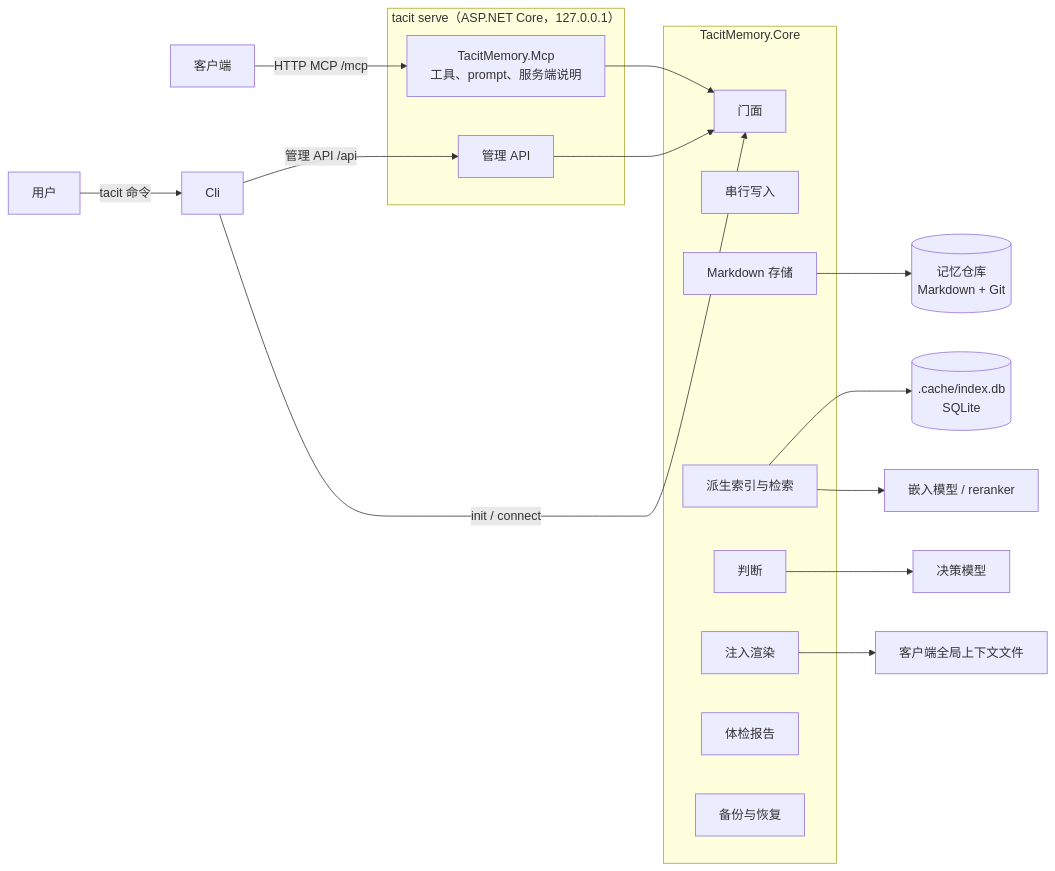
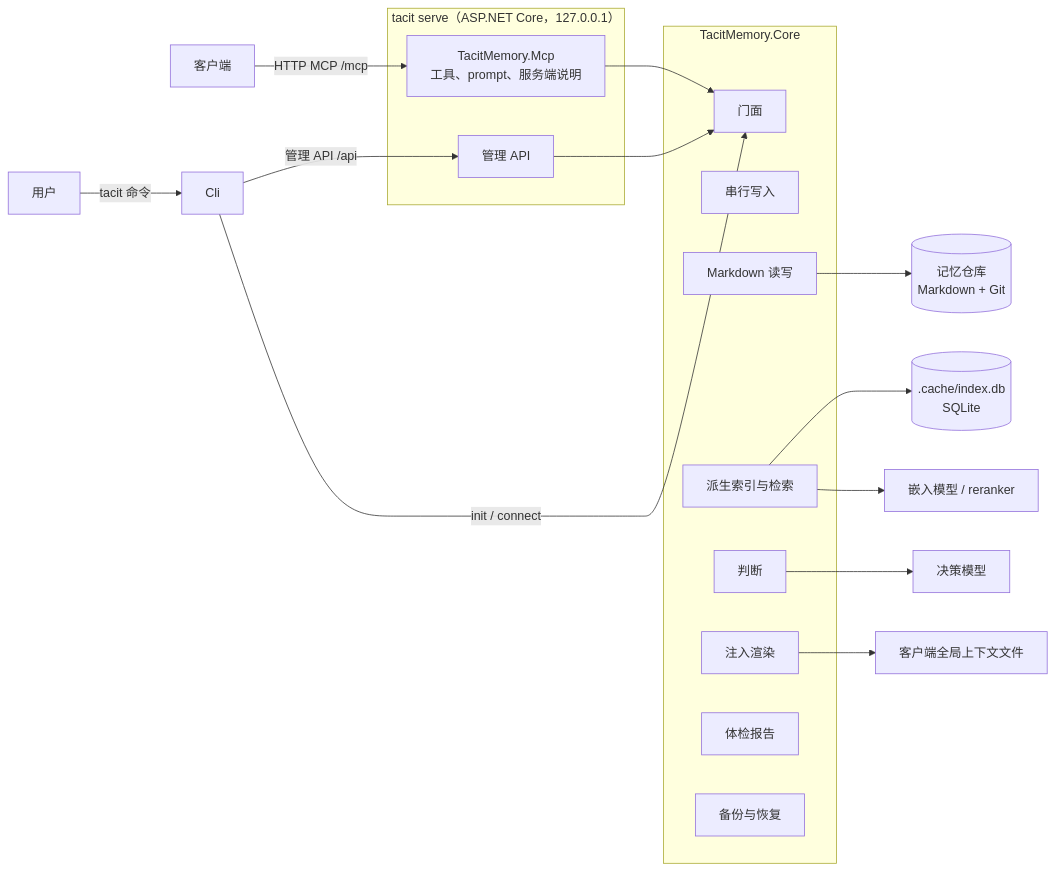
One commit to kearril/tacit-memory changed the diagram in docs/architecture.md. Above: the diagram before and after it, drawn with Mermaid. The commit also changed other lines of this file and 4 other files, not shown here.

Commit message:
docs: fix inconsistencies across design, architecture and glossary

````diff
--- a/docs/architecture.md
+++ b/docs/architecture.md
@@ -7,28 +7,28 @@
 ```mermaid
 flowchart LR
     Client[客户端] -->|HTTP MCP /mcp| Mcp
     User[用户] -->|tacit 命令| Cli
     Cli -->|管理 API /api| Admin
     subgraph Host["tacit serve（ASP.NET Core，127.0.0.1）"]
         Mcp[TacitMemory.Mcp<br>工具、prompt、服务端说明]
         Admin[管理 API]
     end
     Mcp --> Facade
     Admin --> Facade
     Cli -->|init / connect| Facade
     subgraph Core["TacitMemory.Core"]
         Facade[门面]
         Writer[串行写入]
-        Store[Markdown 存储]
+        Store[Markdown 读写]
         Index[派生索引与检索]
         Judge[判断]
         Inject[注入渲染]
         Checkup[体检报告]
         Backup[备份与恢复]
     end
     Store --> Repo[(记忆仓库<br>Markdown + Git)]
     Index --> Db[(.cache/index.db<br>SQLite)]
     Index --> Aux[嵌入模型 / reranker]
     Judge --> Decision[决策模型]
     Inject --> Files[客户端全局上下文文件]
 ```
````
